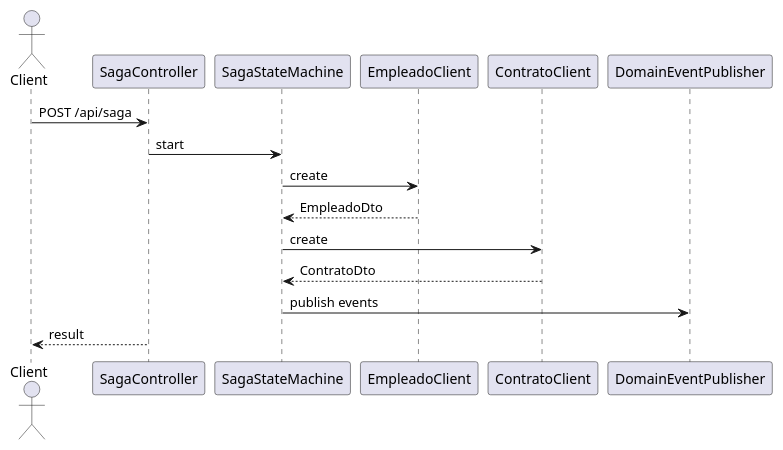
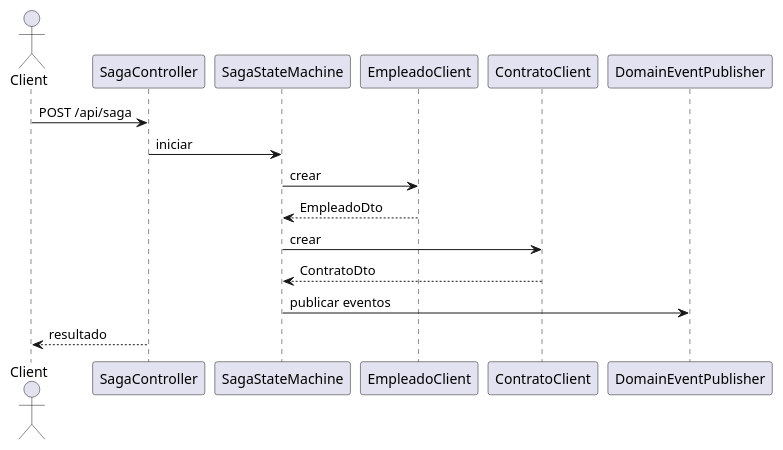
The diagram in servicio-orquestador/docs/uml/local/sequence/saga_create_sequence.puml (msamia/rrhh), drawn with PlantUML before and after one commit. The commit also changed 26 other files, not shown here.

Commit message:
docs: corregir y ampliar diagramas UML

```diff
--- a/servicio-orquestador/docs/uml/local/sequence/saga_create_sequence.puml
+++ b/servicio-orquestador/docs/uml/local/sequence/saga_create_sequence.puml
@@ -1,11 +1,11 @@
 @startuml
 actor Client
 Client -> SagaController : POST /api/saga
-SagaController -> SagaStateMachine : start
-SagaStateMachine -> EmpleadoClient : create
+SagaController -> SagaStateMachine : iniciar
+SagaStateMachine -> EmpleadoClient : crear
 EmpleadoClient --> SagaStateMachine : EmpleadoDto
-SagaStateMachine -> ContratoClient : create
+SagaStateMachine -> ContratoClient : crear
 ContratoClient --> SagaStateMachine : ContratoDto
-SagaStateMachine -> DomainEventPublisher : publish events
-SagaController --> Client : result
+SagaStateMachine -> DomainEventPublisher : publicar eventos
+SagaController --> Client : resultado
 @enduml
```
